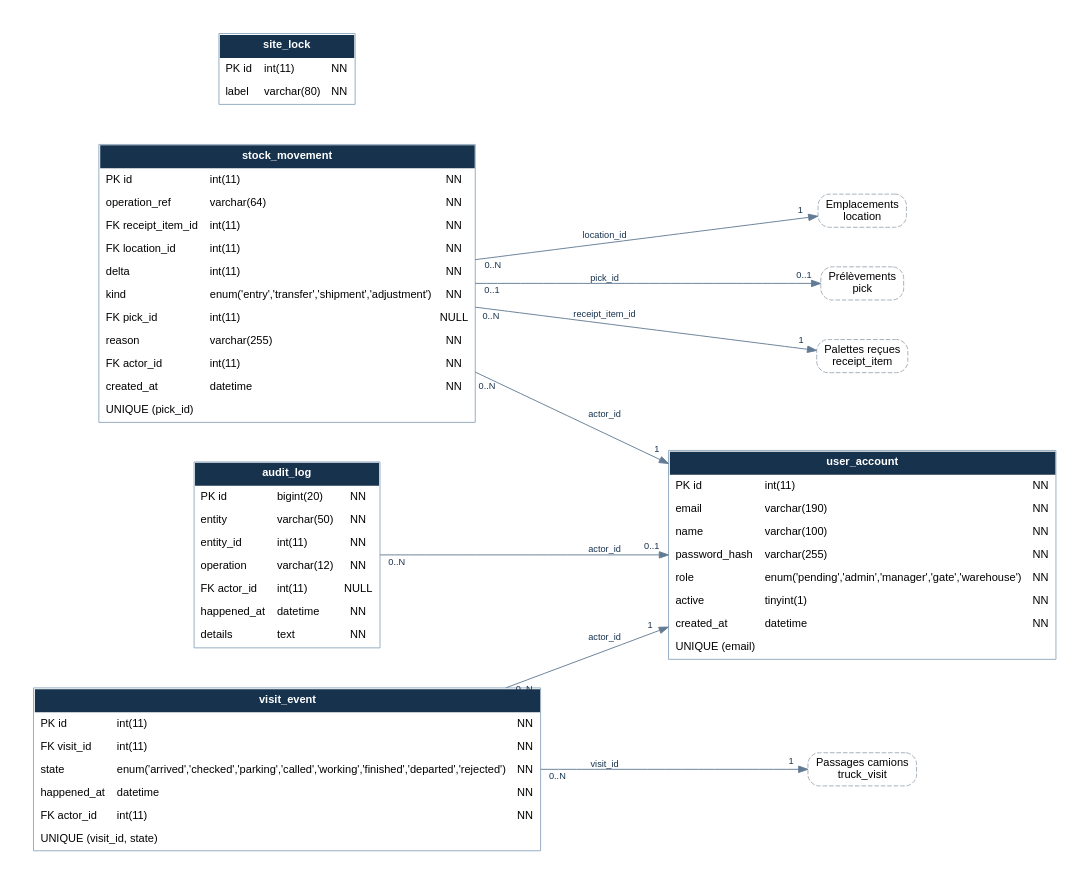
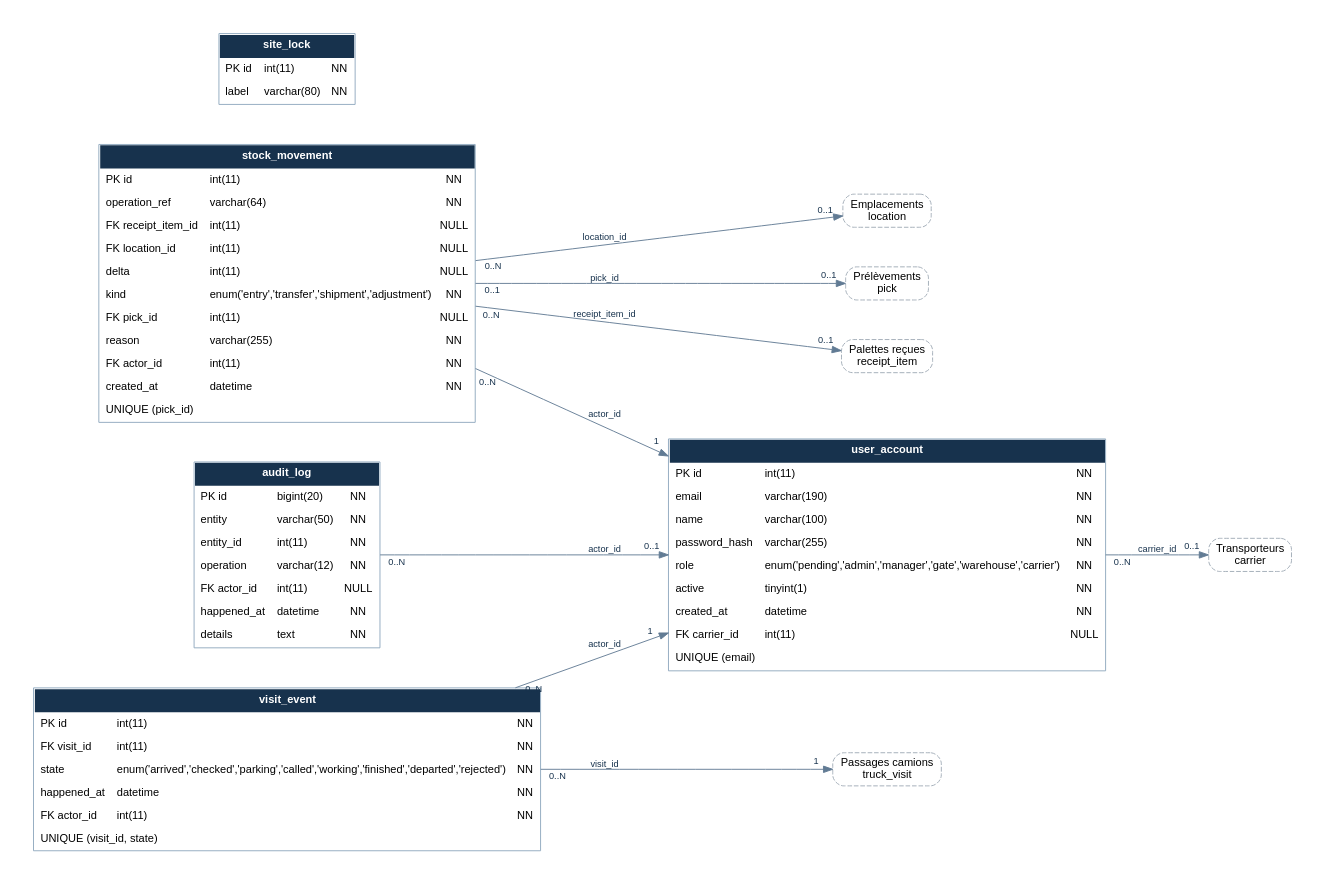
One commit to Gustor1/projet-bd70 changed the diagram in docs/diagrammes/mld-historisation.dot. Above: the diagram before and after it, drawn with Graphviz. The commit also changed 105 other files, not shown here.

```diff
--- a/docs/diagrammes/mld-historisation.dot
+++ b/docs/diagrammes/mld-historisation.dot
@@ -1,20 +1,22 @@
 digraph MLD {
 rankdir=LR;
 graph [fontname="Arial",bgcolor="white",pad="0.4",nodesep="0.6",ranksep="1",splines=polyline]; node [fontname="Arial",fontsize=12]; edge [fontname="Arial",fontsize=10,color="#617b94",fontcolor="#17324d"];
 audit_log [shape=plain,label=<<TABLE BORDER="1" CELLBORDER="0" CELLSPACING="0" CELLPADDING="6" COLOR="#8fa8be"><TR><TD COLSPAN="3" BGCOLOR="#17324d"><FONT COLOR="white"><B>audit_log</B></FONT></TD></TR><TR><TD ALIGN="LEFT">PK id</TD><TD ALIGN="LEFT">bigint(20)</TD><TD>NN</TD></TR><TR><TD ALIGN="LEFT">entity</TD><TD ALIGN="LEFT">varchar(50)</TD><TD>NN</TD></TR><TR><TD ALIGN="LEFT">entity_id</TD><TD ALIGN="LEFT">int(11)</TD><TD>NN</TD></TR><TR><TD ALIGN="LEFT">operation</TD><TD ALIGN="LEFT">varchar(12)</TD><TD>NN</TD></TR><TR><TD ALIGN="LEFT">FK actor_id</TD><TD ALIGN="LEFT">int(11)</TD><TD>NULL</TD></TR><TR><TD ALIGN="LEFT">happened_at</TD><TD ALIGN="LEFT">datetime</TD><TD>NN</TD></TR><TR><TD ALIGN="LEFT">details</TD><TD ALIGN="LEFT">text</TD><TD>NN</TD></TR></TABLE>>];
+carrier [shape=box,style="rounded,dashed",label="Transporteurs\ncarrier",color="#a0aab5"];
 location [shape=box,style="rounded,dashed",label="Emplacements\nlocation",color="#a0aab5"];
 pick [shape=box,style="rounded,dashed",label="Prélèvements\npick",color="#a0aab5"];
 receipt_item [shape=box,style="rounded,dashed",label="Palettes reçues\nreceipt_item",color="#a0aab5"];
 site_lock [shape=plain,label=<<TABLE BORDER="1" CELLBORDER="0" CELLSPACING="0" CELLPADDING="6" COLOR="#8fa8be"><TR><TD COLSPAN="3" BGCOLOR="#17324d"><FONT COLOR="white"><B>site_lock</B></FONT></TD></TR><TR><TD ALIGN="LEFT">PK id</TD><TD ALIGN="LEFT">int(11)</TD><TD>NN</TD></TR><TR><TD ALIGN="LEFT">label</TD><TD ALIGN="LEFT">varchar(80)</TD><TD>NN</TD></TR></TABLE>>];
-stock_movement [shape=plain,label=<<TABLE BORDER="1" CELLBORDER="0" CELLSPACING="0" CELLPADDING="6" COLOR="#8fa8be"><TR><TD COLSPAN="3" BGCOLOR="#17324d"><FONT COLOR="white"><B>stock_movement</B></FONT></TD></TR><TR><TD ALIGN="LEFT">PK id</TD><TD ALIGN="LEFT">int(11)</TD><TD>NN</TD></TR><TR><TD ALIGN="LEFT">operation_ref</TD><TD ALIGN="LEFT">varchar(64)</TD><TD>NN</TD></TR><TR><TD ALIGN="LEFT">FK receipt_item_id</TD><TD ALIGN="LEFT">int(11)</TD><TD>NN</TD></TR><TR><TD ALIGN="LEFT">FK location_id</TD><TD ALIGN="LEFT">int(11)</TD><TD>NN</TD></TR><TR><TD ALIGN="LEFT">delta</TD><TD ALIGN="LEFT">int(11)</TD><TD>NN</TD></TR><TR><TD ALIGN="LEFT">kind</TD><TD ALIGN="LEFT">enum(&#x27;entry&#x27;,&#x27;transfer&#x27;,&#x27;shipment&#x27;,&#x27;adjustment&#x27;)</TD><TD>NN</TD></TR><TR><TD ALIGN="LEFT">FK pick_id</TD><TD ALIGN="LEFT">int(11)</TD><TD>NULL</TD></TR><TR><TD ALIGN="LEFT">reason</TD><TD ALIGN="LEFT">varchar(255)</TD><TD>NN</TD></TR><TR><TD ALIGN="LEFT">FK actor_id</TD><TD ALIGN="LEFT">int(11)</TD><TD>NN</TD></TR><TR><TD ALIGN="LEFT">created_at</TD><TD ALIGN="LEFT">datetime</TD><TD>NN</TD></TR><TR><TD COLSPAN="3" ALIGN="LEFT">UNIQUE (pick_id)</TD></TR></TABLE>>];
+stock_movement [shape=plain,label=<<TABLE BORDER="1" CELLBORDER="0" CELLSPACING="0" CELLPADDING="6" COLOR="#8fa8be"><TR><TD COLSPAN="3" BGCOLOR="#17324d"><FONT COLOR="white"><B>stock_movement</B></FONT></TD></TR><TR><TD ALIGN="LEFT">PK id</TD><TD ALIGN="LEFT">int(11)</TD><TD>NN</TD></TR><TR><TD ALIGN="LEFT">operation_ref</TD><TD ALIGN="LEFT">varchar(64)</TD><TD>NN</TD></TR><TR><TD ALIGN="LEFT">FK receipt_item_id</TD><TD ALIGN="LEFT">int(11)</TD><TD>NULL</TD></TR><TR><TD ALIGN="LEFT">FK location_id</TD><TD ALIGN="LEFT">int(11)</TD><TD>NULL</TD></TR><TR><TD ALIGN="LEFT">delta</TD><TD ALIGN="LEFT">int(11)</TD><TD>NULL</TD></TR><TR><TD ALIGN="LEFT">kind</TD><TD ALIGN="LEFT">enum(&#x27;entry&#x27;,&#x27;transfer&#x27;,&#x27;shipment&#x27;,&#x27;adjustment&#x27;)</TD><TD>NN</TD></TR><TR><TD ALIGN="LEFT">FK pick_id</TD><TD ALIGN="LEFT">int(11)</TD><TD>NULL</TD></TR><TR><TD ALIGN="LEFT">reason</TD><TD ALIGN="LEFT">varchar(255)</TD><TD>NN</TD></TR><TR><TD ALIGN="LEFT">FK actor_id</TD><TD ALIGN="LEFT">int(11)</TD><TD>NN</TD></TR><TR><TD ALIGN="LEFT">created_at</TD><TD ALIGN="LEFT">datetime</TD><TD>NN</TD></TR><TR><TD COLSPAN="3" ALIGN="LEFT">UNIQUE (pick_id)</TD></TR></TABLE>>];
 truck_visit [shape=box,style="rounded,dashed",label="Passages camions\ntruck_visit",color="#a0aab5"];
-user_account [shape=plain,label=<<TABLE BORDER="1" CELLBORDER="0" CELLSPACING="0" CELLPADDING="6" COLOR="#8fa8be"><TR><TD COLSPAN="3" BGCOLOR="#17324d"><FONT COLOR="white"><B>user_account</B></FONT></TD></TR><TR><TD ALIGN="LEFT">PK id</TD><TD ALIGN="LEFT">int(11)</TD><TD>NN</TD></TR><TR><TD ALIGN="LEFT">email</TD><TD ALIGN="LEFT">varchar(190)</TD><TD>NN</TD></TR><TR><TD ALIGN="LEFT">name</TD><TD ALIGN="LEFT">varchar(100)</TD><TD>NN</TD></TR><TR><TD ALIGN="LEFT">password_hash</TD><TD ALIGN="LEFT">varchar(255)</TD><TD>NN</TD></TR><TR><TD ALIGN="LEFT">role</TD><TD ALIGN="LEFT">enum(&#x27;pending&#x27;,&#x27;admin&#x27;,&#x27;manager&#x27;,&#x27;gate&#x27;,&#x27;warehouse&#x27;)</TD><TD>NN</TD></TR><TR><TD ALIGN="LEFT">active</TD><TD ALIGN="LEFT">tinyint(1)</TD><TD>NN</TD></TR><TR><TD ALIGN="LEFT">created_at</TD><TD ALIGN="LEFT">datetime</TD><TD>NN</TD></TR><TR><TD COLSPAN="3" ALIGN="LEFT">UNIQUE (email)</TD></TR></TABLE>>];
+user_account [shape=plain,label=<<TABLE BORDER="1" CELLBORDER="0" CELLSPACING="0" CELLPADDING="6" COLOR="#8fa8be"><TR><TD COLSPAN="3" BGCOLOR="#17324d"><FONT COLOR="white"><B>user_account</B></FONT></TD></TR><TR><TD ALIGN="LEFT">PK id</TD><TD ALIGN="LEFT">int(11)</TD><TD>NN</TD></TR><TR><TD ALIGN="LEFT">email</TD><TD ALIGN="LEFT">varchar(190)</TD><TD>NN</TD></TR><TR><TD ALIGN="LEFT">name</TD><TD ALIGN="LEFT">varchar(100)</TD><TD>NN</TD></TR><TR><TD ALIGN="LEFT">password_hash</TD><TD ALIGN="LEFT">varchar(255)</TD><TD>NN</TD></TR><TR><TD ALIGN="LEFT">role</TD><TD ALIGN="LEFT">enum(&#x27;pending&#x27;,&#x27;admin&#x27;,&#x27;manager&#x27;,&#x27;gate&#x27;,&#x27;warehouse&#x27;,&#x27;carrier&#x27;)</TD><TD>NN</TD></TR><TR><TD ALIGN="LEFT">active</TD><TD ALIGN="LEFT">tinyint(1)</TD><TD>NN</TD></TR><TR><TD ALIGN="LEFT">created_at</TD><TD ALIGN="LEFT">datetime</TD><TD>NN</TD></TR><TR><TD ALIGN="LEFT">FK carrier_id</TD><TD ALIGN="LEFT">int(11)</TD><TD>NULL</TD></TR><TR><TD COLSPAN="3" ALIGN="LEFT">UNIQUE (email)</TD></TR></TABLE>>];
 visit_event [shape=plain,label=<<TABLE BORDER="1" CELLBORDER="0" CELLSPACING="0" CELLPADDING="6" COLOR="#8fa8be"><TR><TD COLSPAN="3" BGCOLOR="#17324d"><FONT COLOR="white"><B>visit_event</B></FONT></TD></TR><TR><TD ALIGN="LEFT">PK id</TD><TD ALIGN="LEFT">int(11)</TD><TD>NN</TD></TR><TR><TD ALIGN="LEFT">FK visit_id</TD><TD ALIGN="LEFT">int(11)</TD><TD>NN</TD></TR><TR><TD ALIGN="LEFT">state</TD><TD ALIGN="LEFT">enum(&#x27;arrived&#x27;,&#x27;checked&#x27;,&#x27;parking&#x27;,&#x27;called&#x27;,&#x27;working&#x27;,&#x27;finished&#x27;,&#x27;departed&#x27;,&#x27;rejected&#x27;)</TD><TD>NN</TD></TR><TR><TD ALIGN="LEFT">happened_at</TD><TD ALIGN="LEFT">datetime</TD><TD>NN</TD></TR><TR><TD ALIGN="LEFT">FK actor_id</TD><TD ALIGN="LEFT">int(11)</TD><TD>NN</TD></TR><TR><TD COLSPAN="3" ALIGN="LEFT">UNIQUE (visit_id, state)</TD></TR></TABLE>>];
 audit_log -> user_account [label="actor_id",taillabel="0..N",headlabel="0..1",labeldistance=2];
-stock_movement -> receipt_item [label="receipt_item_id",taillabel="0..N",headlabel="1",labeldistance=2];
-stock_movement -> location [label="location_id",taillabel="0..N",headlabel="1",labeldistance=2];
+user_account -> carrier [label="carrier_id",taillabel="0..N",headlabel="0..1",labeldistance=2];
+stock_movement -> receipt_item [label="receipt_item_id",taillabel="0..N",headlabel="0..1",labeldistance=2];
+stock_movement -> location [label="location_id",taillabel="0..N",headlabel="0..1",labeldistance=2];
 stock_movement -> pick [label="pick_id",taillabel="0..1",headlabel="0..1",labeldistance=2];
 stock_movement -> user_account [label="actor_id",taillabel="0..N",headlabel="1",labeldistance=2];
 visit_event -> truck_visit [label="visit_id",taillabel="0..N",headlabel="1",labeldistance=2];
 visit_event -> user_account [label="actor_id",taillabel="0..N",headlabel="1",labeldistance=2];
 }
```
